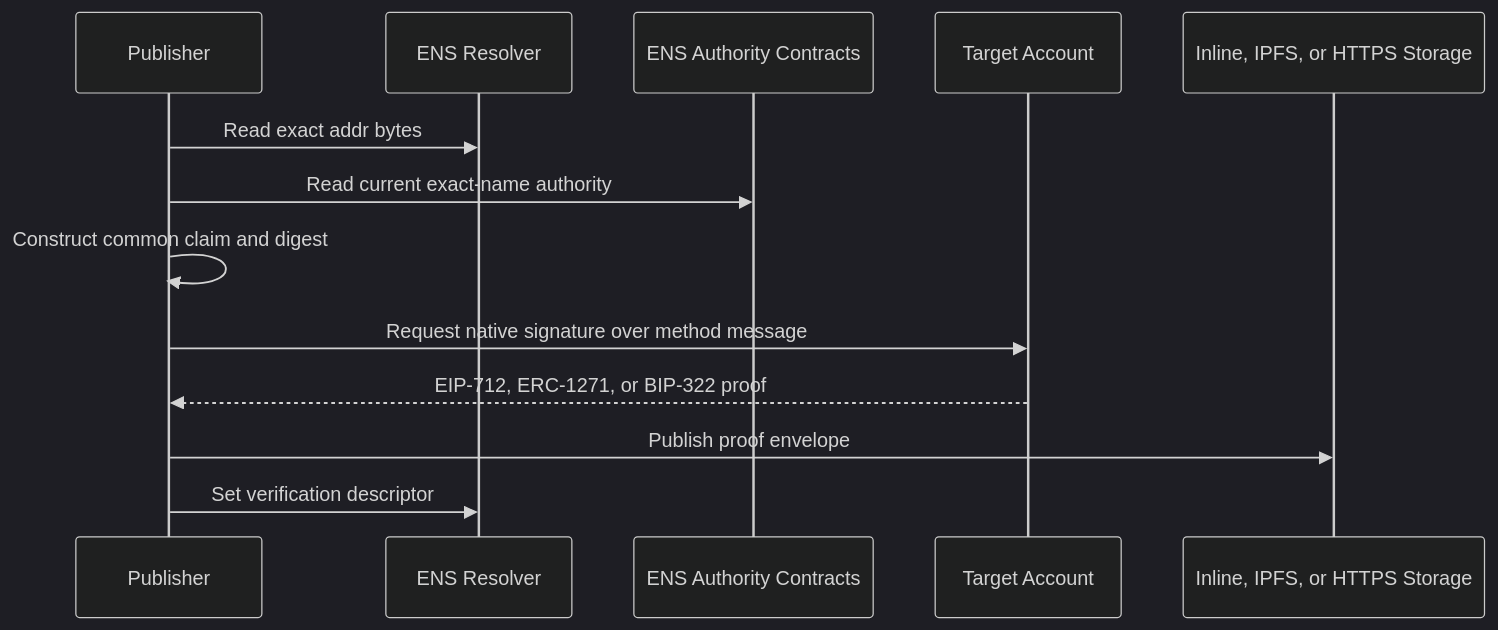
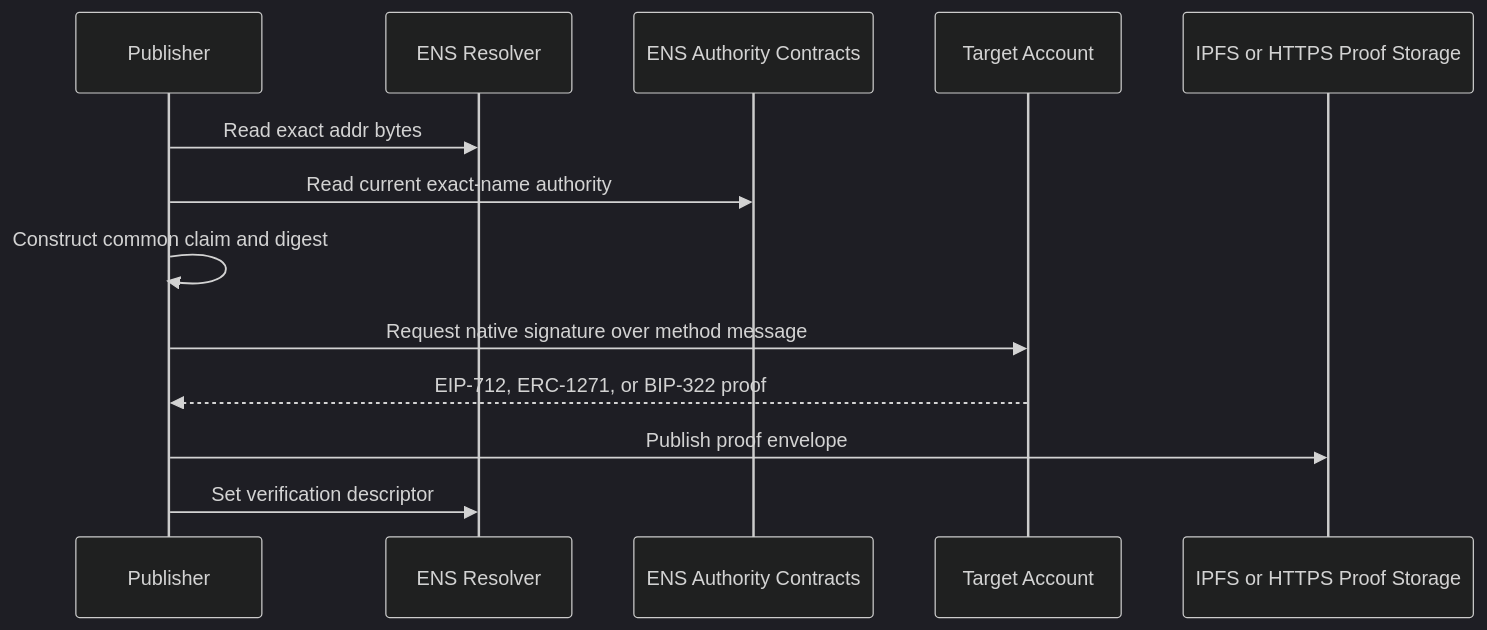
Before and after one commit to envoy1084/ensip-verification: the first of 2 diagrams in apps/web/src/pages/docs/records/addresses.mdx, drawn with Mermaid (dark theme). The commit also changed other lines of this file and 27 other files, not shown here.

````diff
--- a/apps/web/src/pages/docs/records/addresses.mdx
+++ b/apps/web/src/pages/docs/records/addresses.mdx
@@ -49,16 +49,16 @@
 ```mermaid
 sequenceDiagram
   participant P as Publisher
   participant ENS as ENS Resolver
   participant A as ENS Authority Contracts
   participant T as Target Account
-  participant S as Inline, IPFS, or HTTPS Storage
+  participant S as IPFS or HTTPS Proof Storage
 
   P->>ENS: Read exact addr bytes
   P->>A: Read current exact-name authority
   P->>P: Construct common claim and digest
   P->>T: Request native signature over method message
   T-->>P: EIP-712, ERC-1271, or BIP-322 proof
   P->>S: Publish proof envelope
   P->>ENS: Set verification descriptor
 ```
````
